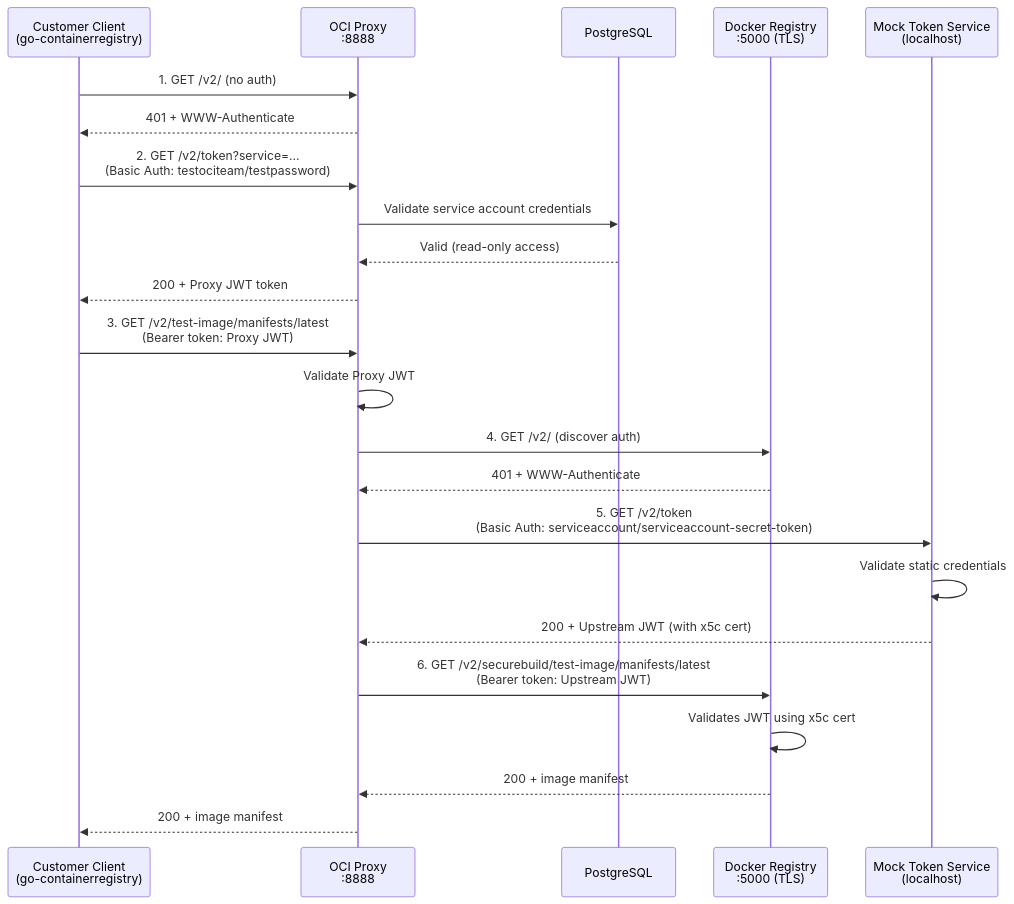
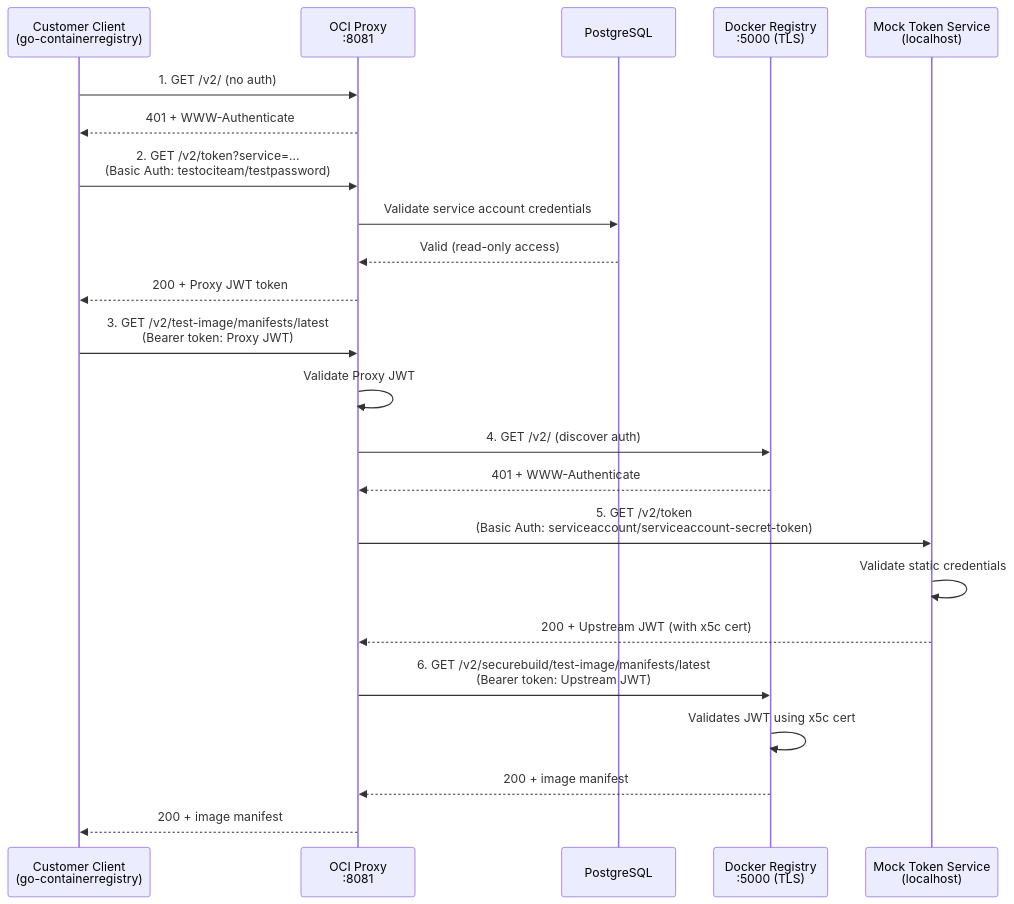
The second of 2 diagrams in integration/ociproxy/README.md (securebuildhq/securebuild), drawn with Mermaid before and after one commit. The commit also changed 8 other files, not shown here.

````diff
--- a/integration/ociproxy/README.md
+++ b/integration/ociproxy/README.md
@@ -33,32 +33,32 @@
 ```mermaid
 sequenceDiagram
     participant Customer as Customer Client<br/>(go-containerregistry)
-    participant Proxy as OCI Proxy<br/>:8888
+    participant Proxy as OCI Proxy<br/>:8081
     participant DB as PostgreSQL
     participant Registry as Docker Registry<br/>:5000 (TLS)
     participant TokenSvc as Mock Token Service<br/>(localhost)
 
     Customer->>Proxy: 1. GET /v2/ (no auth)
     Proxy-->>Customer: 401 + WWW-Authenticate
 
     Customer->>Proxy: 2. GET /v2/token?service=...<br/>(Basic Auth: testociteam/testpassword)
     Proxy->>DB: Validate service account credentials
     DB-->>Proxy: Valid (read-only access)
     Proxy-->>Customer: 200 + Proxy JWT token
 
     Customer->>Proxy: 3. GET /v2/test-image/manifests/latest<br/>(Bearer token: Proxy JWT)
     Proxy->>Proxy: Validate Proxy JWT
 
     Proxy->>Registry: 4. GET /v2/ (discover auth)
     Registry-->>Proxy: 401 + WWW-Authenticate
 
     Proxy->>TokenSvc: 5. GET /v2/token<br/>(Basic Auth: serviceaccount/serviceaccount-secret-token)
     TokenSvc->>TokenSvc: Validate static credentials
     TokenSvc-->>Proxy: 200 + Upstream JWT (with x5c cert)
 
     Proxy->>Registry: 6. GET /v2/securebuild/test-image/manifests/latest<br/>(Bearer token: Upstream JWT)
     Registry->>Registry: Validates JWT using x5c cert
     Registry-->>Proxy: 200 + image manifest
 
     Proxy-->>Customer: 200 + image manifest
 ```
````
